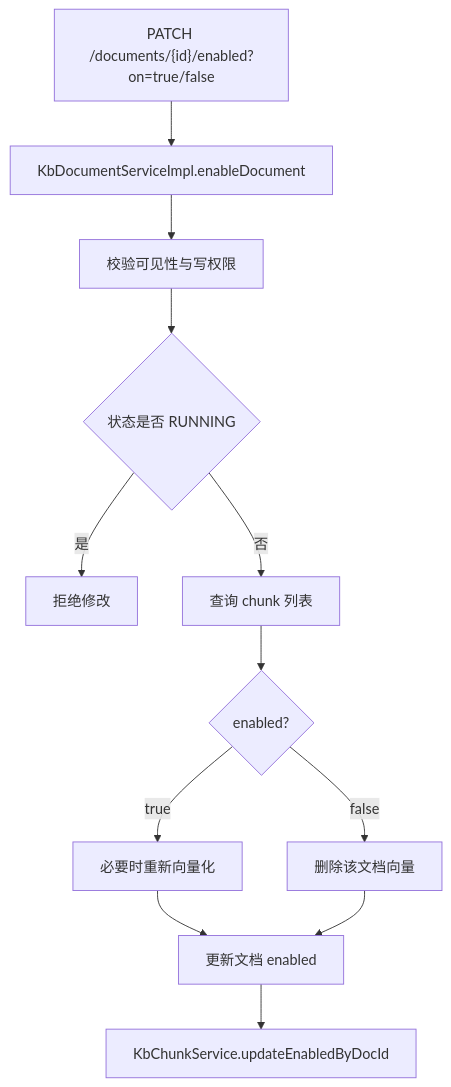
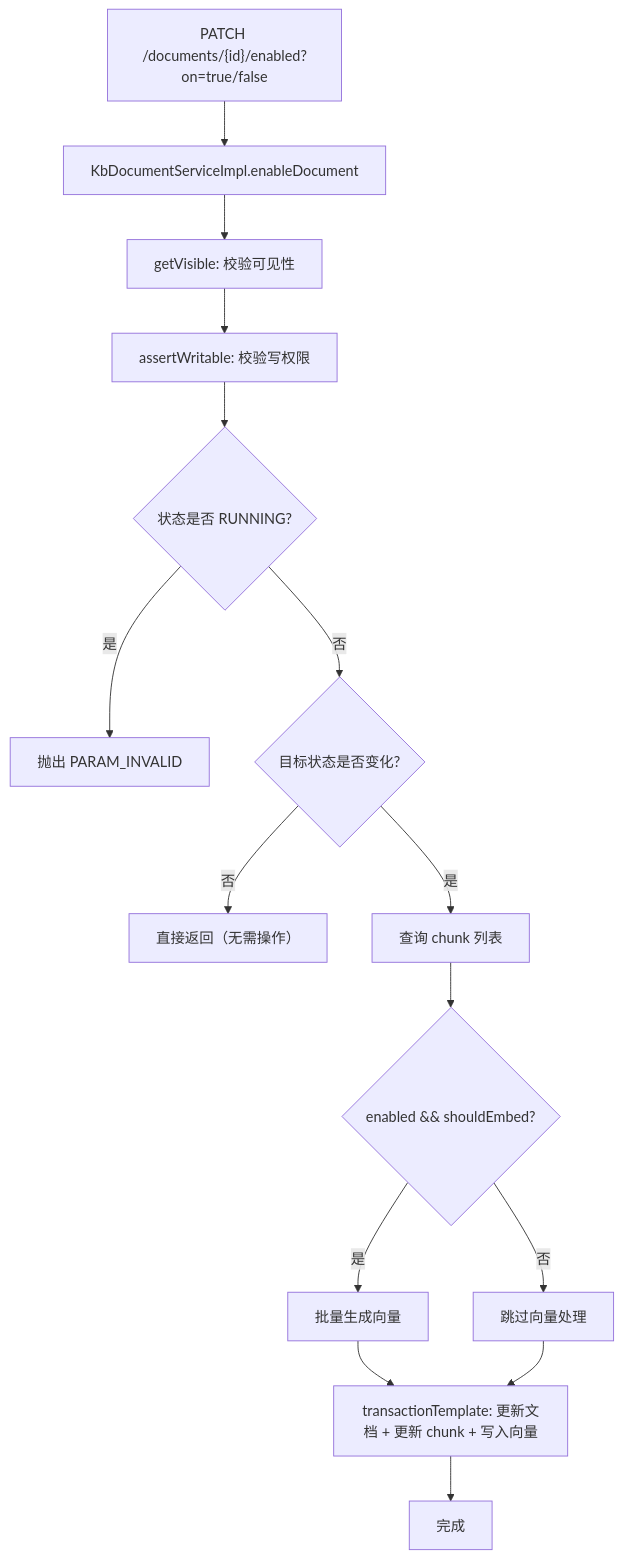
Before and after one commit to ZjlShenshiqing/EnterpriseKnowledgeWorkspace: the tenth of 18 diagrams in docs/knowledge-service-code-analysis.md, drawn with Mermaid. The commit also changed other lines of this file, not shown here.

Commit message:
docs: 更新 knowledge-service 代码分析文档

````diff
--- a/docs/knowledge-service-code-analysis.md
+++ b/docs/knowledge-service-code-analysis.md
@@ -791,14 +839,17 @@
 ```mermaid
 flowchart TD
     A["PATCH /documents/{id}/enabled?on=true/false"] --> B["KbDocumentServiceImpl.enableDocument"]
-    B --> C["校验可见性与写权限"]
-    C --> D{"状态是否 RUNNING"}
-    D -->|是| X["拒绝修改"]
-    D -->|否| E["查询 chunk 列表"]
-    E --> F{"enabled?"}
-    F -->|true| G["必要时重新向量化"]
-    F -->|false| H["删除该文档向量"]
-    G --> I["更新文档 enabled"]
-    H --> I
-    I --> J["KbChunkService.updateEnabledByDocId"]
+    B --> C["getVisible: 校验可见性"]
+    C --> D["assertWritable: 校验写权限"]
+    D --> E{"状态是否 RUNNING?"}
+    E -->|是| X["抛出 PARAM_INVALID"]
+    E -->|否| F{"目标状态是否变化?"}
+    F -->|否| Y["直接返回（无需操作）"]
+    F -->|是| G["查询 chunk 列表"]
+    G --> H{"enabled && shouldEmbed?"}
+    H -->|是| I["批量生成向量"]
+    H -->|否| J["跳过向量处理"]
+    I --> K["transactionTemplate: 更新文档 + 更新 chunk + 写入向量"]
+    J --> K
+    K --> L["完成"]
 ```
````
